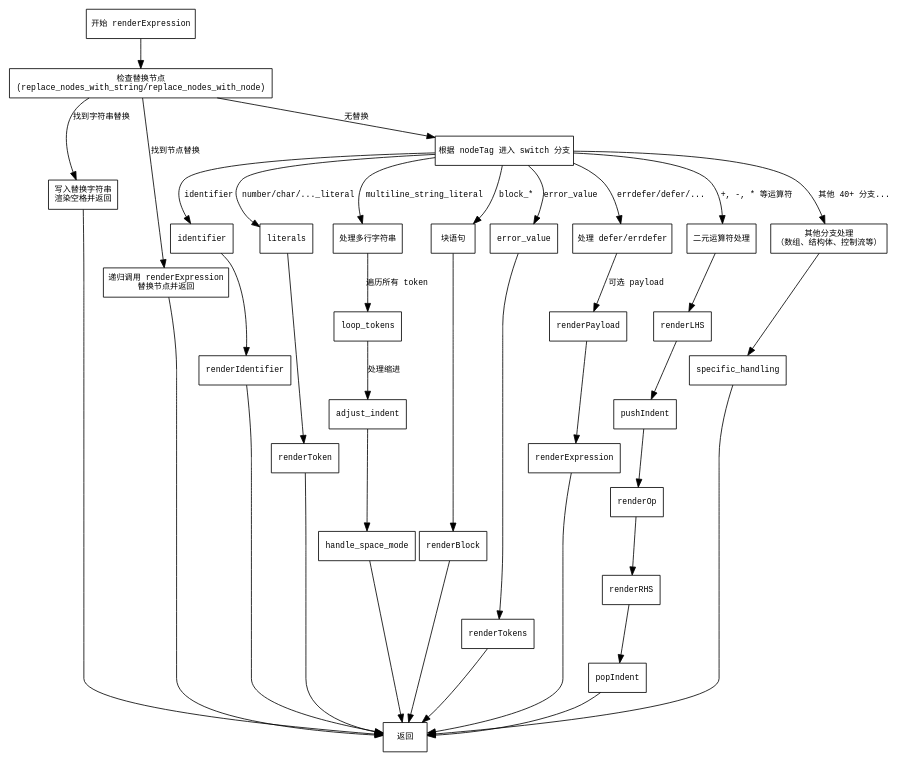
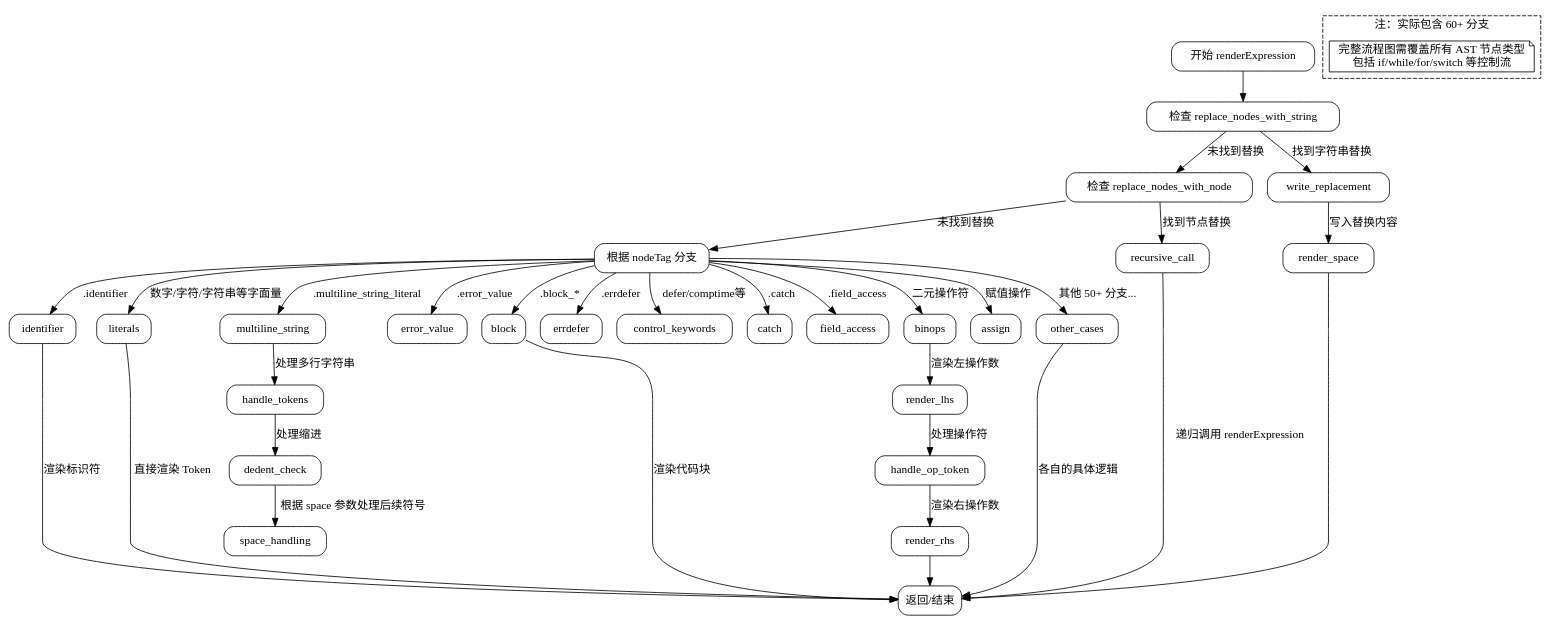
Before and after one commit to sdzx-1/deepseek-zig-reader: the diagram in dot_std/zig/render.zig.renderExpression.md, drawn with Graphviz. The commit also changed other lines of this file and 236 other files, not shown here.

````diff
--- a/dot_std/zig/render.zig.renderExpression.md
+++ b/dot_std/zig/render.zig.renderExpression.md
@@ -30,57 +24,59 @@
 ```dot
-digraph flowchart {
-    node [shape=rectangle, fontname="Courier", fontsize=10];
-    edge [fontname="Courier", fontsize=10];
+digraph renderExpression {
+    node [shape=rectangle, style=rounded];
 
     start [label="开始 renderExpression"];
-    check_replace [label="检查替换节点\n(replace_nodes_with_string/replace_nodes_with_node)"];
-    handle_replace_str [label="写入替换字符串\n渲染空格并返回"];
-    handle_replace_node [label="递归调用 renderExpression\n替换节点并返回"];
-    switch_node [label="根据 nodeTag 进入 switch 分支"];
-    return_end [label="返回"];
+    check_replace_string [label="检查 replace_nodes_with_string"];
+    check_replace_node [label="检查 replace_nodes_with_node"];
+    switch_node_tag [label="根据 nodeTag 分支"];
+    end [label="返回/结束"];
 
-    start -> check_replace;
-    
-    check_replace -> handle_replace_str [label="找到字符串替换"];
-    check_replace -> handle_replace_node [label="找到节点替换"];
-    check_replace -> switch_node [label="无替换"];
-    
-    handle_replace_str -> return_end;
-    handle_replace_node -> return_end;
-    
-    switch_node -> identifier [label="identifier"];
-    switch_node -> literals [label="number/char/..._literal"];
-    switch_node -> multiline_str [label="multiline_string_literal"];
-    switch_node -> block [label="block_*"];
-    switch_node -> error_value [label="error_value"];
-    switch_node -> defer_errdefer [label="errdefer/defer/..."];
-    switch_node -> bin_ops [label="+, -, * 等运算符"];
-    switch_node -> other_cases [label="其他 40+ 分支..."];
-    
-    identifier -> renderIdentifier -> return_end;
-    literals -> renderToken -> return_end;
-    
-    multiline_str [label="处理多行字符串"];
-    multiline_str -> loop_tokens [label="遍历所有 token"];
-    loop_tokens -> adjust_indent [label="处理缩进"];
-    adjust_indent -> handle_space_mode -> return_end;
-    
-    block [label="块语句"];
-    block -> renderBlock -> return_end;
-    
-    error_value -> renderTokens -> return_end;
-    
-    defer_errdefer [label="处理 defer/errdefer"];
-    defer_errdefer -> renderPayload [label="可选 payload"];
-    renderPayload -> renderExpression -> return_end;
-    
-    bin_ops [label="二元运算符处理"];
-    bin_ops -> renderLHS -> pushIndent -> renderOp -> renderRHS -> popIndent -> return_end;
-    
-    other_cases [label="其他分支处理\n（数组、结构体、控制流等）"];
-    other_cases -> specific_handling -> return_end;
+    // 替换逻辑
+    start -> check_replace_string;
+    check_replace_string -> check_replace_node [label="未找到替换"];
+    check_replace_string -> write_replacement [label="找到字符串替换"];
+    write_replacement -> render_space [label="写入替换内容"];
+    render_space -> end;
 
-    // 统一连接到返回节点
-    {rank=same; return_end}
+    check_replace_node -> switch_node_tag [label="未找到替换"];
+    check_replace_node -> recursive_call [label="找到节点替换"];
+    recursive_call -> end [label="递归调用 renderExpression"];
+
+    // 主要 switch 分支
+    switch_node_tag -> identifier [label=".identifier"];
+    switch_node_tag -> literals [label="数字/字符/字符串等字面量"];
+    switch_node_tag -> multiline_string [label=".multiline_string_literal"];
+    switch_node_tag -> error_value [label=".error_value"];
+    switch_node_tag -> block [label=".block_*"];
+    switch_node_tag -> errdefer [label=".errdefer"];
+    switch_node_tag -> control_keywords [label="defer/comptime等"];
+    switch_node_tag -> catch [label=".catch"];
+    switch_node_tag -> field_access [label=".field_access"];
+    switch_node_tag -> binops [label="二元操作符"];
+    switch_node_tag -> assign [label="赋值操作"];
+    switch_node_tag -> other_cases [label="其他 50+ 分支..."];
+
+    // 示例子流程（部分展示）
+    multiline_string -> handle_tokens [label="处理多行字符串"];
+    handle_tokens -> dedent_check [label="处理缩进"];
+    dedent_check -> space_handling [label="根据 space 参数处理后续符号"];
+
+    binops -> render_lhs [label="渲染左操作数"];
+    render_lhs -> handle_op_token [label="处理操作符"];
+    handle_op_token -> render_rhs [label="渲染右操作数"];
+    render_rhs -> end;
+
+    // 通用连接
+    identifier -> end [label="渲染标识符"];
+    literals -> end [label="直接渲染 Token"];
+    block -> end [label="渲染代码块"];
+    other_cases -> end [label="各自的具体逻辑"];
+
+    // 注释说明
+    subgraph cluster_note {
+        label="注：实际包含 60+ 分支";
+        style=dashed;
+        note [label="完整流程图需覆盖所有 AST 节点类型\n包括 if/while/for/switch 等控制流", shape=note];
+    }
 }
 ```
````
